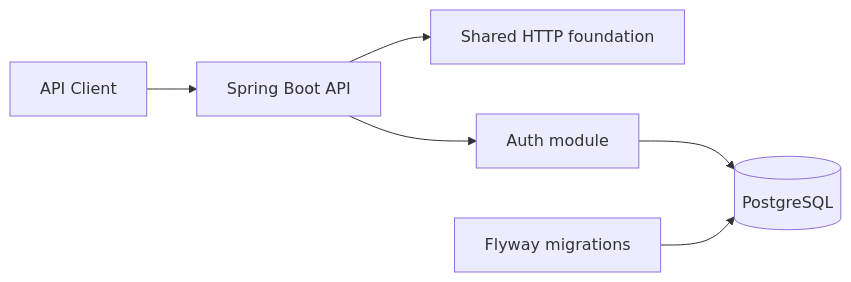
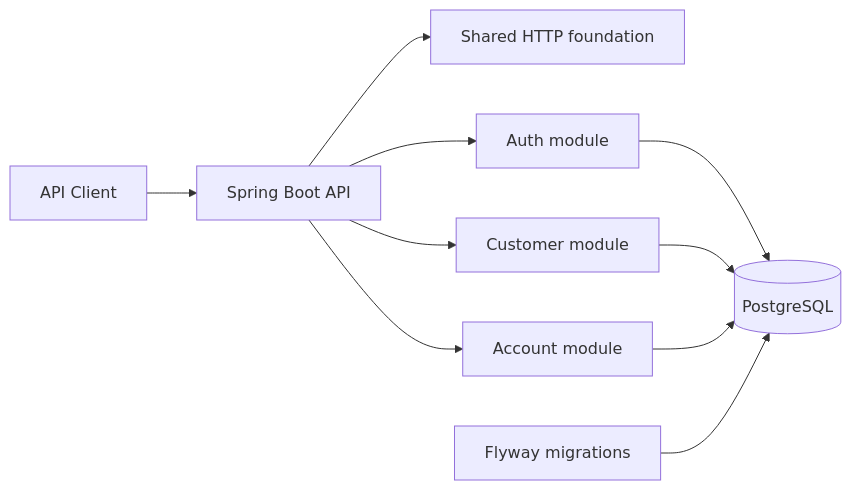
The diagram in README.md (Singatha/bank-forge), drawn with Mermaid before and after one commit. The commit also changed other lines of this file and 30 other files, not shown here.

````diff
--- a/README.md
+++ b/README.md
@@ -11,8 +11,12 @@
 ```mermaid
 flowchart LR
     Client[API Client] --> API[Spring Boot API]
     API --> Shared[Shared HTTP foundation]
     API --> Auth[Auth module]
+    API --> Customer[Customer module]
+    API --> Account[Account module]
     Auth --> DB[(PostgreSQL)]
+    Customer --> DB
+    Account --> DB
     Flyway[Flyway migrations] --> DB
 ```
````
